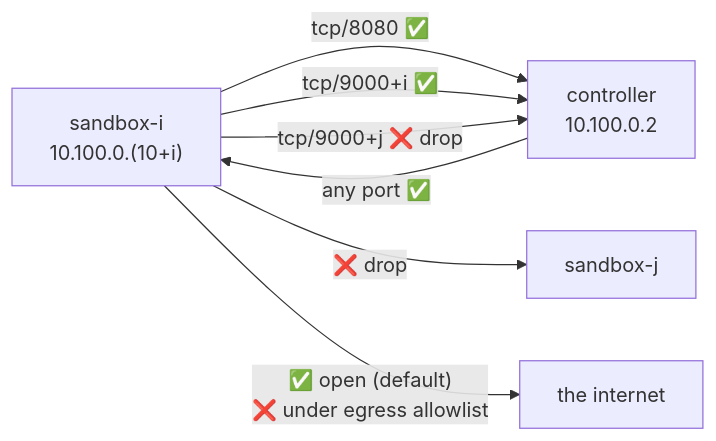
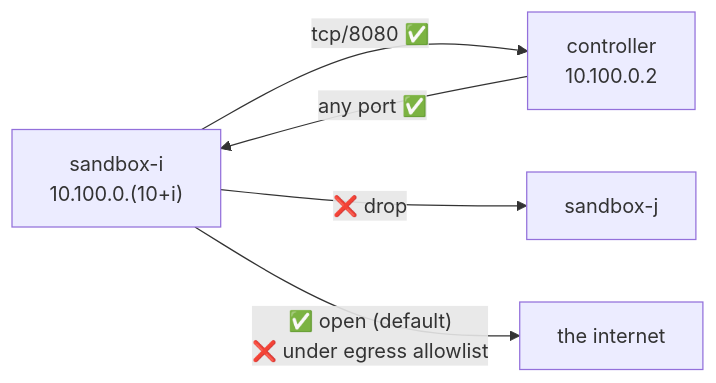
Before and after one commit to bwsalmon/grain: the second of 5 diagrams in docs/system-diagram.md, drawn with Mermaid. The commit also changed other lines of this file and 44 other files, not shown here.

````diff
--- a/docs/system-diagram.md
+++ b/docs/system-diagram.md
@@ -183,14 +179,12 @@
 ```mermaid
 flowchart LR
     sb["sandbox-i<br/>10.100.0.(10+i)"]
     ctl["controller<br/>10.100.0.2"]
     other["sandbox-j"]
     net["the internet"]
 
     sb -->|"tcp/8080 ✅"| ctl
-    sb -->|"tcp/9000+i ✅"| ctl
-    sb -->|"tcp/9000+j ❌ drop"| ctl
     sb -->|"❌ drop"| other
     sb -->|"✅ open (default)<br/>❌ under egress allowlist"| net
     ctl -->|"any port ✅"| sb
 ```
````
